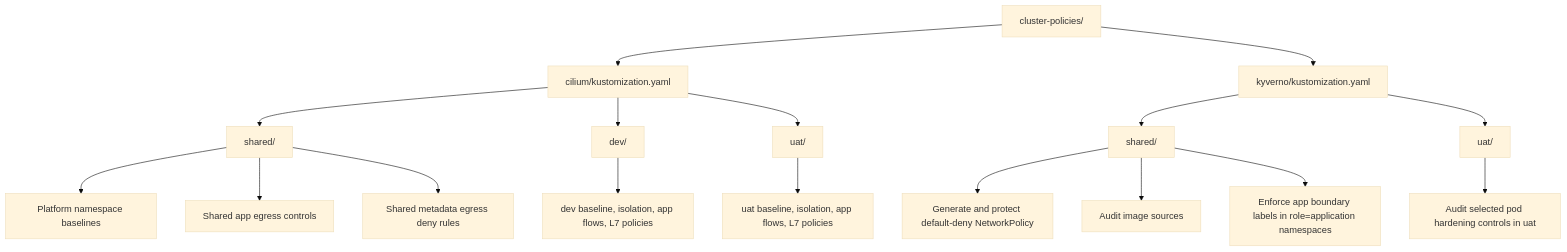
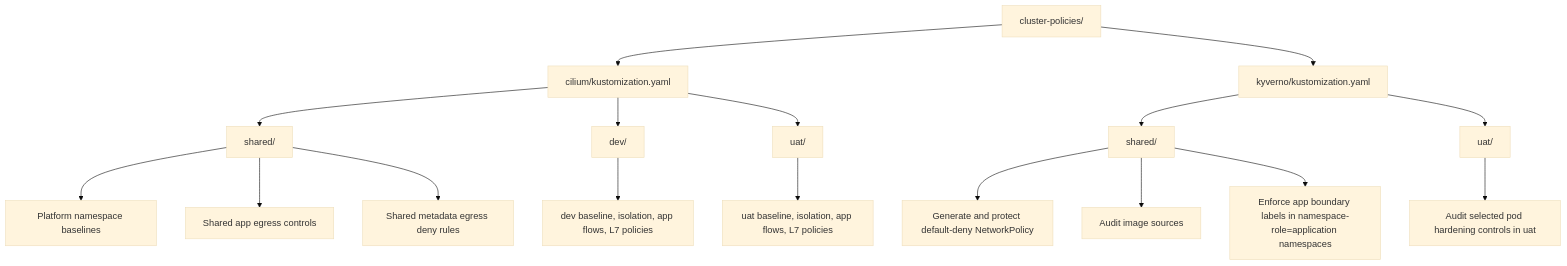
One commit to nickromney/platform changed the first of 3 diagrams in terraform/kubernetes/cluster-policies/AUDIT.md. Above: the diagram before and after it, drawn with Mermaid (base theme). The commit also changed other lines of this file and 20 other files, not shown here.

````diff
--- a/terraform/kubernetes/cluster-policies/AUDIT.md
+++ b/terraform/kubernetes/cluster-policies/AUDIT.md
@@ -24,24 +25,24 @@
 ```mermaid
 flowchart TD
     Root["cluster-policies/"] --> Cilium["cilium/kustomization.yaml"]
     Root --> Kyverno["kyverno/kustomization.yaml"]
 
     Cilium --> CShared["shared/"]
     Cilium --> CDev["dev/"]
     Cilium --> CUat["uat/"]
 
     Kyverno --> KShared["shared/"]
     Kyverno --> KUat["uat/"]
 
     KShared --> DefaultDeny["Generate and protect default-deny NetworkPolicy"]
     KShared --> ImageAudit["Audit image sources"]
-    KShared --> LabelGuard["Enforce app boundary labels in role=application namespaces"]
+    KShared --> LabelGuard["Enforce app boundary labels in namespace-role=application namespaces"]
     KUat --> PodGuard["Audit selected pod hardening controls in uat"]
 
     CShared --> Platform["Platform namespace baselines"]
     CShared --> SharedEgress["Shared app egress controls"]
     CShared --> SharedDeny["Shared metadata egress deny rules"]
 
     CDev --> DevBase["dev baseline, isolation, app flows, L7 policies"]
     CUat --> UatBase["uat baseline, isolation, app flows, L7 policies"]
 ```
````
